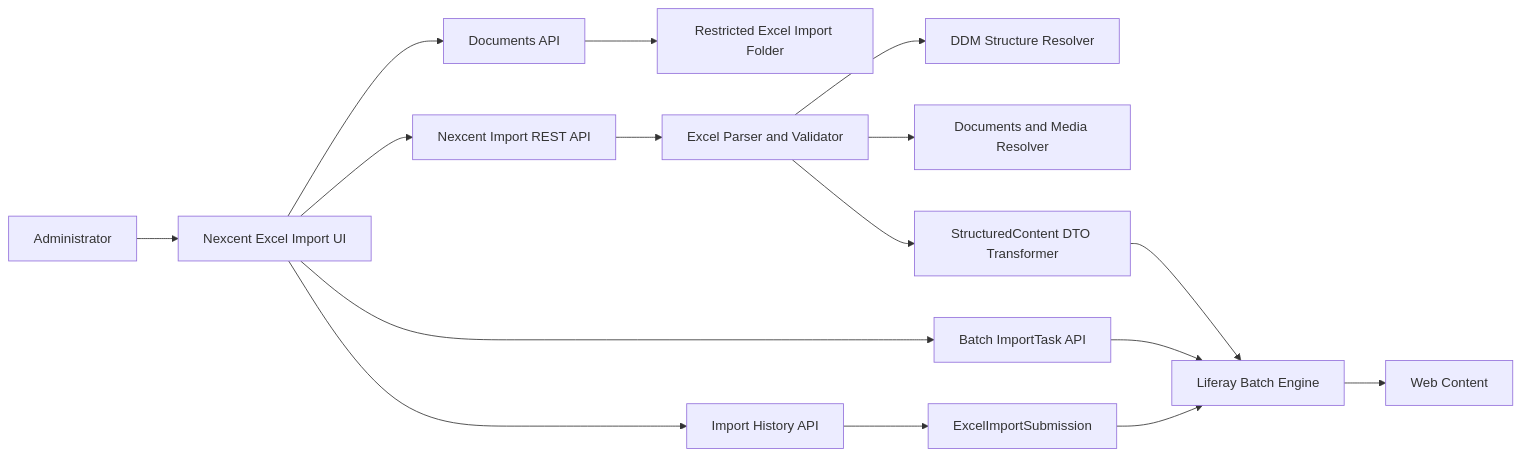
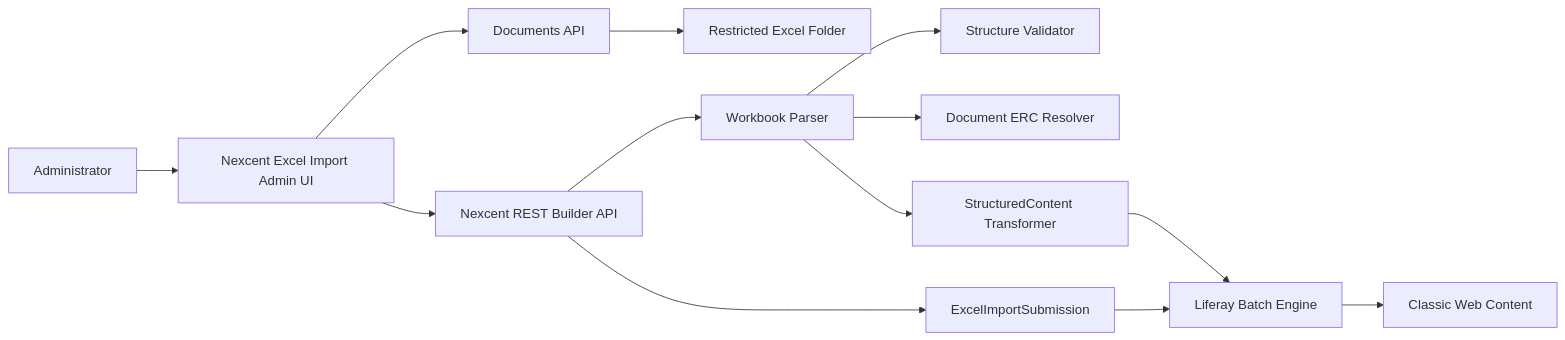
Before and after one commit to hungtvb/liferay-mini: the first of 2 diagrams in docs/architecture/excel-web-content-importer-detail-design.md, drawn with Mermaid. The commit also changed other lines of this file, not shown here.

Commit message:
docs(import): tighten reviewed Excel batch importer design

````diff
--- a/docs/architecture/excel-web-content-importer-detail-design.md
+++ b/docs/architecture/excel-web-content-importer-detail-design.md
@@ -96,18 +131,15 @@
 ```mermaid
 flowchart LR
-    A[Administrator] --> B[Nexcent Excel Import UI]
+    A[Administrator] --> B[Nexcent Excel Import Admin UI]
     B --> C[Documents API]
-    C --> D[Restricted Excel Import Folder]
-    B --> E[Nexcent Import REST API]
-    E --> F[Excel Parser and Validator]
-    F --> G[DDM Structure Resolver]
-    F --> H[Documents and Media Resolver]
-    F --> I[StructuredContent DTO Transformer]
+    C --> D[Restricted Excel Folder]
+    B --> E[Nexcent REST Builder API]
+    E --> F[Workbook Parser]
+    F --> G[Structure Validator]
+    F --> H[Document ERC Resolver]
+    F --> I[StructuredContent Transformer]
     I --> J[Liferay Batch Engine]
-    J --> K[Web Content]
-    B --> L[Batch ImportTask API]
+    J --> K[Classic Web Content]
+    E --> L[ExcelImportSubmission]
     L --> J
-    B --> M[Import History API]
-    M --> N[ExcelImportSubmission]
-    N --> J
 ```
````
